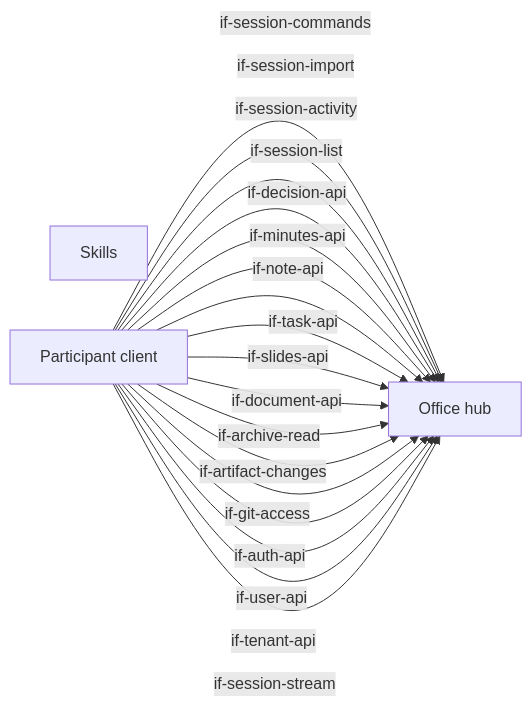
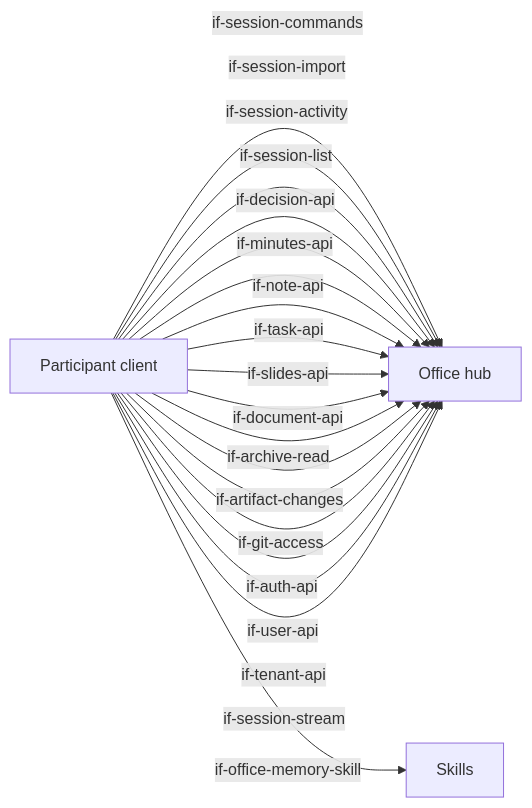
The first of 3 diagrams in docs/architecture/05-building-blocks.arc42.md (mrsimpson/agentic-office), drawn with Mermaid before and after one commit. The commit also changed other lines of this file and 16 other files, not shown here.

First line of the commit message:
feat(agentrunner): hand the office-memory skill to the harness (#222)

````diff
--- a/docs/architecture/05-building-blocks.arc42.md
+++ b/docs/architecture/05-building-blocks.arc42.md
@@ -25,23 +25,24 @@
 ```mermaid
 flowchart LR
     bb_skills[Skills]
     bb_office_hub[Office hub]
     bb_participant_client[Participant client]
     bb_participant_client -->|if-session-commands| bb_office_hub
     bb_participant_client -->|if-session-import| bb_office_hub
     bb_participant_client -->|if-session-activity| bb_office_hub
     bb_participant_client -->|if-session-list| bb_office_hub
     bb_participant_client -->|if-decision-api| bb_office_hub
     bb_participant_client -->|if-minutes-api| bb_office_hub
     bb_participant_client -->|if-note-api| bb_office_hub
     bb_participant_client -->|if-task-api| bb_office_hub
     bb_participant_client -->|if-slides-api| bb_office_hub
     bb_participant_client -->|if-document-api| bb_office_hub
     bb_participant_client -->|if-archive-read| bb_office_hub
     bb_participant_client -->|if-artifact-changes| bb_office_hub
     bb_participant_client -->|if-git-access| bb_office_hub
     bb_participant_client -->|if-auth-api| bb_office_hub
     bb_participant_client -->|if-user-api| bb_office_hub
     bb_participant_client -->|if-tenant-api| bb_office_hub
     bb_participant_client -->|if-session-stream| bb_office_hub
+    bb_participant_client -->|if-office-memory-skill| bb_skills
 ```
````
